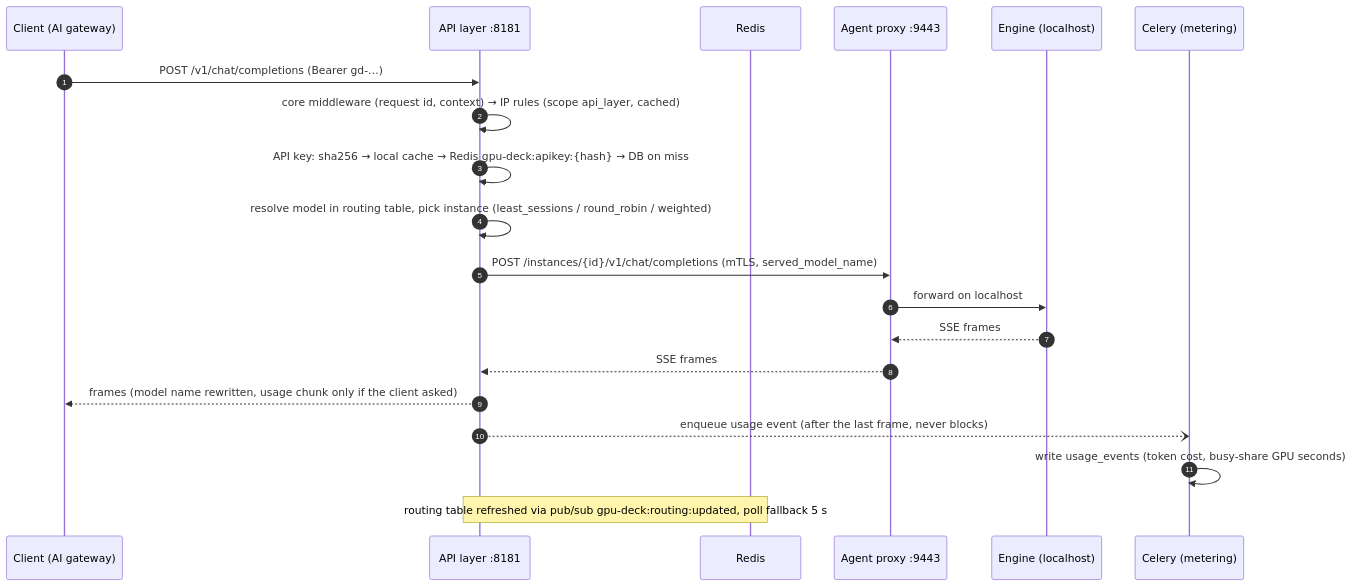
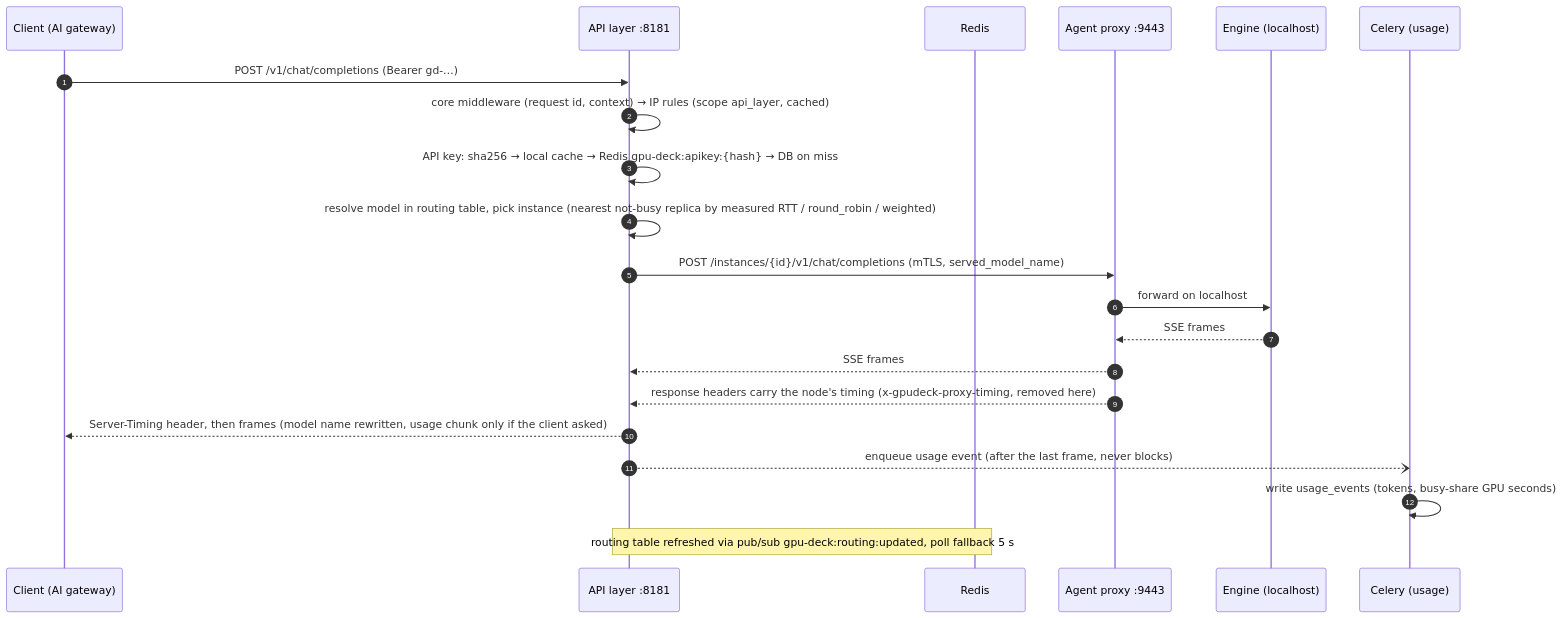
Before and after one commit to sur950/gpu-deck: the third of 5 diagrams in docs/architecture.md, drawn with Mermaid. The commit also changed other lines of this file and 432 other files, not shown here.

````diff
--- a/docs/architecture.md
+++ b/docs/architecture.md
@@ -158,22 +178,23 @@
 ```mermaid
 sequenceDiagram
   autonumber
   participant C as Client (AI gateway)
   participant L as API layer :8181
   participant R as Redis
   participant P as Agent proxy :9443
   participant E as Engine (localhost)
-  participant Q as Celery (metering)
+  participant Q as Celery (usage)
   C->>L: POST /v1/chat/completions (Bearer gd-…)
   L->>L: core middleware (request id, context) → IP rules (scope api_layer, cached)
   L->>L: API key: sha256 → local cache → Redis gpu-deck:apikey:{hash} → DB on miss
-  L->>L: resolve model in routing table, pick instance (least_sessions / round_robin / weighted)
+  L->>L: resolve model in routing table, pick instance (nearest not-busy replica by measured RTT / round_robin / weighted)
   L->>P: POST /instances/{id}/v1/chat/completions (mTLS, served_model_name)
   P->>E: forward on localhost
   E-->>P: SSE frames
   P-->>L: SSE frames
-  L-->>C: frames (model name rewritten, usage chunk only if the client asked)
+  P-->>L: response headers carry the node's timing (x-gpudeck-proxy-timing, removed here)
+  L-->>C: Server-Timing header, then frames (model name rewritten, usage chunk only if the client asked)
   L--)Q: enqueue usage event (after the last frame, never blocks)
-  Q->>Q: write usage_events (token cost, busy-share GPU seconds)
+  Q->>Q: write usage_events (tokens, busy-share GPU seconds)
   Note over L,R: routing table refreshed via pub/sub gpu-deck:routing:updated, poll fallback 5 s
 ```
````
